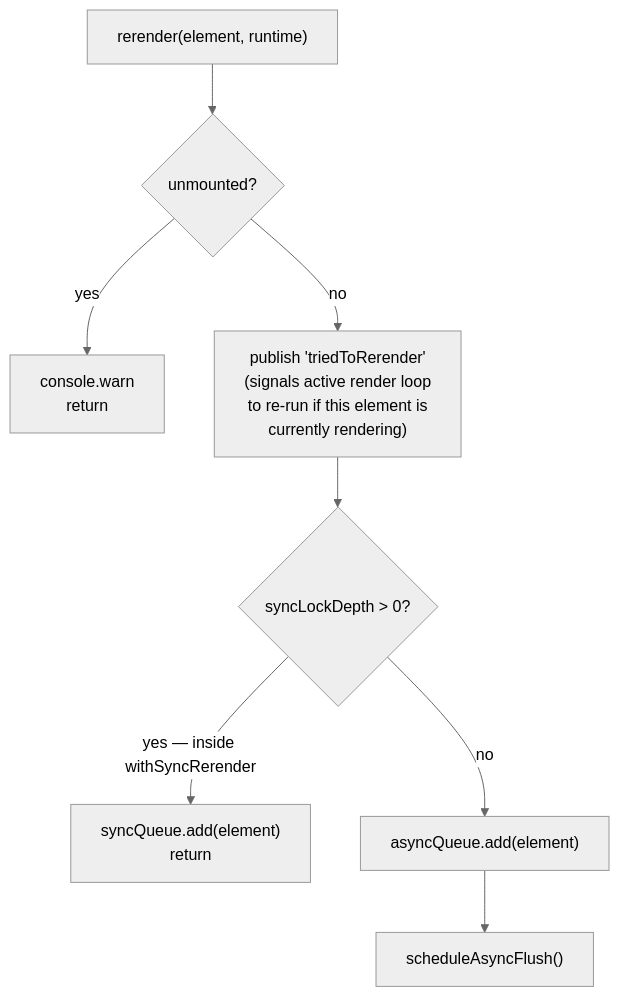
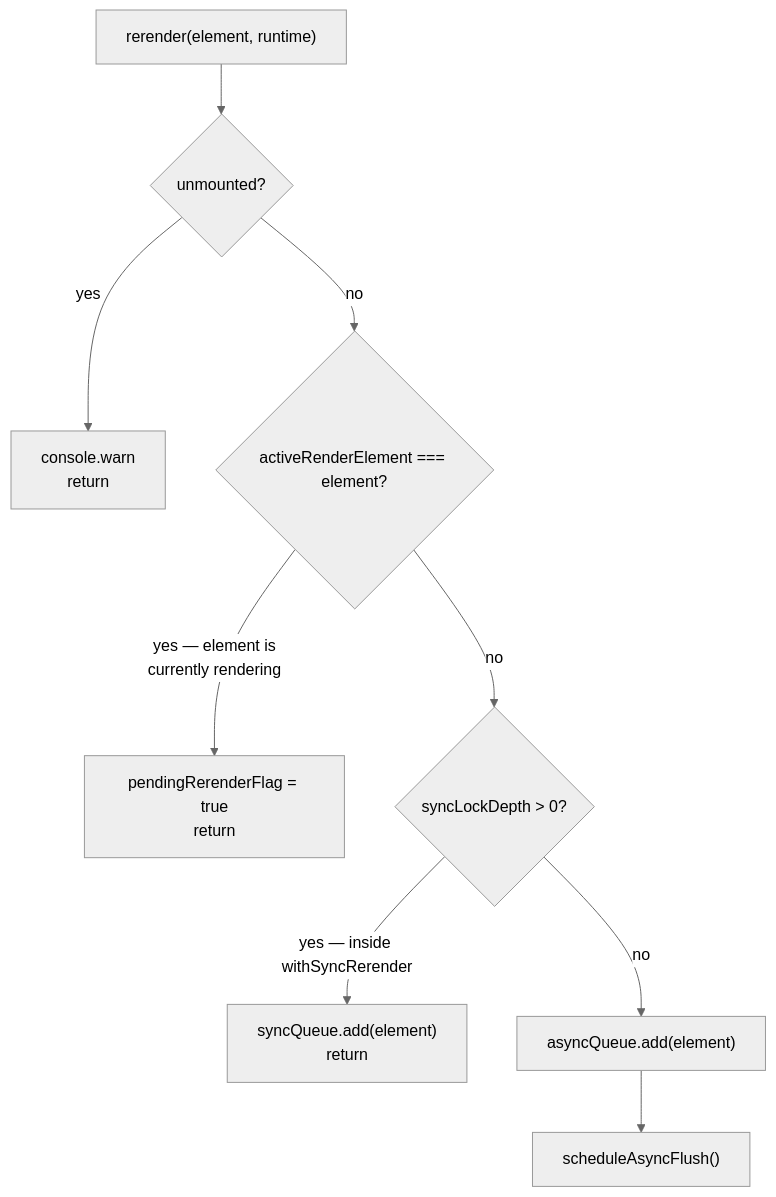
The first of 5 diagrams in docs/core/rerender.md (dPaskhin/simpreact), drawn with Mermaid (neutral theme) before and after one commit. The commit also changed other lines of this file and 5 other files, not shown here.

````diff
--- a/docs/core/rerender.md
+++ b/docs/core/rerender.md
@@ -18,10 +18,11 @@
 ```mermaid
 flowchart TD
     R["rerender(element, runtime)"] --> UM{unmounted?}
     UM -->|yes| WARN["console.warn\nreturn"]
-    UM -->|no| TRR["publish 'triedToRerender'\n(signals active render loop\nto re-run if this element is\ncurrently rendering)"]
-    TRR --> SL{syncLockDepth > 0?}
+    UM -->|no| ACT{activeRenderElement === element?}
+    ACT -->|yes — element is\ncurrently rendering| FLAG["pendingRerenderFlag = true\nreturn"]
+    ACT -->|no| SL{syncLockDepth > 0?}
     SL -->|yes — inside withSyncRerender| SQ["syncQueue.add(element)\nreturn"]
     SL -->|no| AQ["asyncQueue.add(element)"]
     AQ --> SCH["scheduleAsyncFlush()"]
 ```
````
